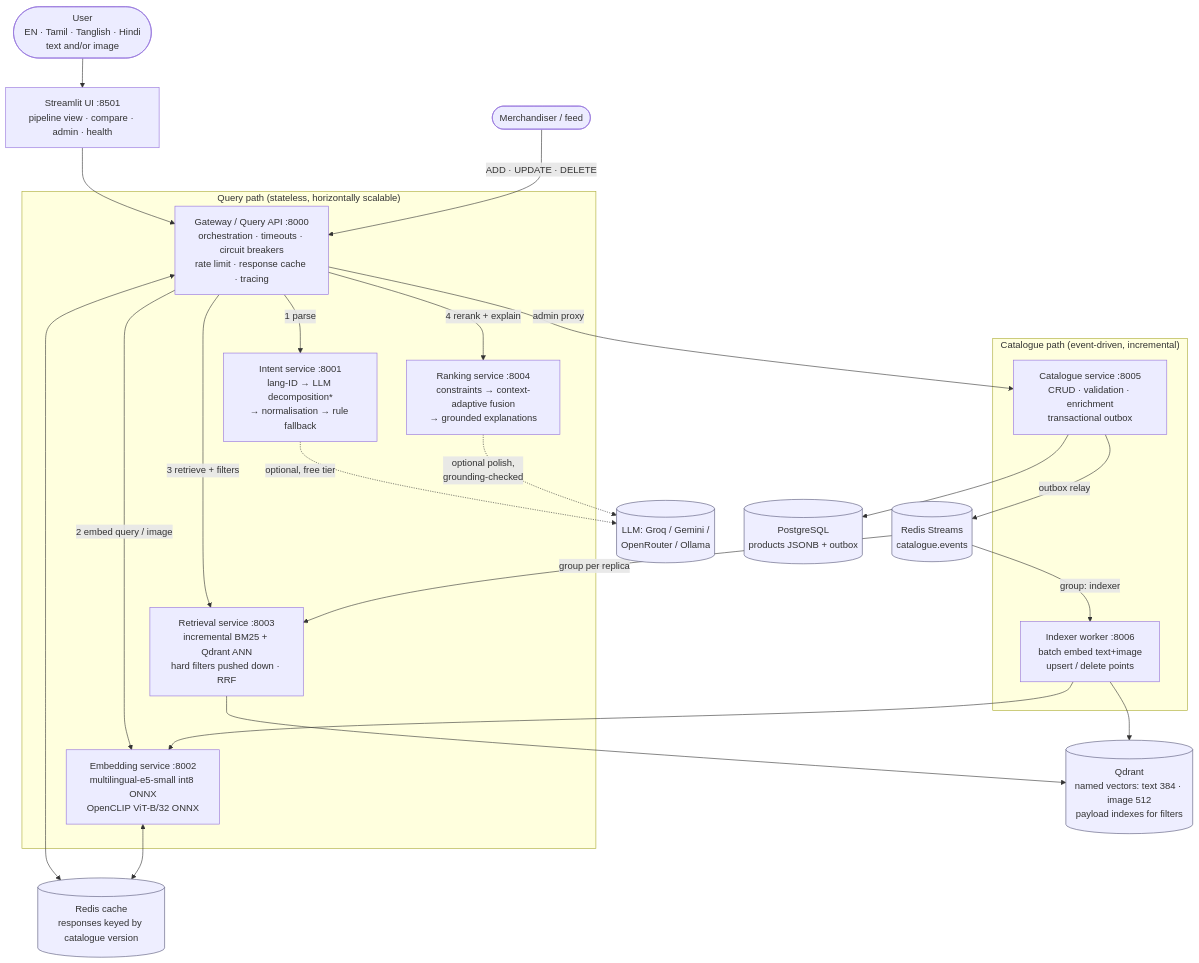
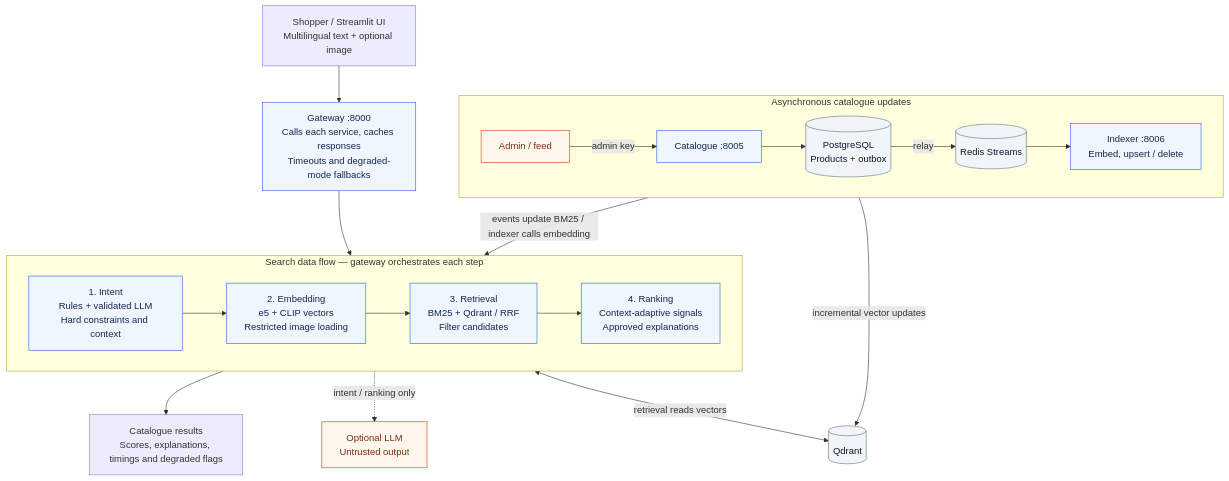
One commit to TejaswiniG06/mosaic-fashion-search changed the diagram in docs/diagrams/architecture.mmd. Above: the diagram before and after it, drawn with Mermaid. The commit also changed 14 other files, not shown here.

Commit message:
Clarify project walkthrough and refresh architecture diagrams

```diff
--- a/docs/diagrams/architecture.mmd
+++ b/docs/diagrams/architecture.mmd
@@ -1,33 +1,27 @@
 flowchart TB
-  U([User<br/>EN · Tamil · Tanglish · Hindi<br/>text and/or image]) --> UI[Streamlit UI :8501<br/>pipeline view · compare · admin · health]
-  UI --> GW
-  subgraph API["Query path (stateless, horizontally scalable)"]
-    GW[Gateway / Query API :8000<br/>orchestration · timeouts · circuit breakers<br/>rate limit · response cache · tracing]
-    IN[Intent service :8001<br/>lang-ID → LLM decomposition*<br/>→ normalisation → rule fallback]
-    EM[Embedding service :8002<br/>multilingual-e5-small int8 ONNX<br/>OpenCLIP ViT-B/32 ONNX]
-    RT[Retrieval service :8003<br/>incremental BM25 + Qdrant ANN<br/>hard filters pushed down · RRF]
-    RK[Ranking service :8004<br/>constraints → context-adaptive fusion<br/>→ grounded explanations]
+  USER["Shopper / Streamlit UI<br/>Multilingual text + optional image"] --> GW["Gateway :8000<br/>Calls each service, caches responses<br/>Timeouts and degraded-mode fallbacks"]
+  GW --> SEARCH
+  subgraph SEARCH["Search data flow — gateway orchestrates each step"]
+    direction LR
+    IN["1. Intent<br/>Rules + validated LLM<br/>Hard constraints and context"] --> EM["2. Embedding<br/>e5 + CLIP vectors<br/>Restricted image loading"]
+    EM --> RT["3. Retrieval<br/>BM25 + Qdrant / RRF<br/>Filter candidates"]
+    RT --> RK["4. Ranking<br/>Context-adaptive signals<br/>Approved explanations"]
   end
-  GW -->|1 parse| IN
-  GW -->|2 embed query / image| EM
-  GW -->|3 retrieve + filters| RT
-  GW -->|4 rerank + explain| RK
-  IN -.->|optional, free tier| LLM[(LLM: Groq / Gemini /<br/>OpenRouter / Ollama)]
-  RK -.->|optional polish,<br/>grounding-checked| LLM
-  subgraph DATA["Catalogue path (event-driven, incremental)"]
-    CAT[Catalogue service :8005<br/>CRUD · validation · enrichment<br/>transactional outbox]
-    IDX[Indexer worker :8006<br/>batch embed text+image<br/>upsert / delete points]
+  SEARCH --> OUT["Catalogue results<br/>Scores, explanations, timings and degraded flags"]
+  SEARCH -. "intent / ranking only" .-> LLM["Optional LLM<br/>Untrusted output"]
+  SEARCH <-->|"retrieval reads vectors"| QD[("Qdrant")]
+  subgraph CATALOGUE["Asynchronous catalogue updates"]
+    direction LR
+    ADMIN["Admin / feed"] -->|"admin key"| CAT["Catalogue :8005"]
+    CAT --> PG[("PostgreSQL<br/>Products + outbox")]
+    PG -->|"relay"| RS[("Redis Streams")]
+    RS --> IDX["Indexer :8006<br/>Embed, upsert / delete"]
   end
-  ADM([Merchandiser / feed]) -->|ADD · UPDATE · DELETE| GW
-  GW -->|admin proxy| CAT
-  CAT --> PG[(PostgreSQL<br/>products JSONB + outbox)]
-  CAT -->|outbox relay| RS[(Redis Streams<br/>catalogue.events)]
-  RS -->|group: indexer| IDX
-  RS -->|group per replica| RT
-  IDX --> EM
-  IDX --> QD[(Qdrant<br/>named vectors: text 384 · image 512<br/>payload indexes for filters)]
-  RT --> QD
-  GW <--> RC[(Redis cache<br/>responses keyed by catalogue version)]
-  EM <--> RC
-  classDef store fill:#eef,stroke:#557;
-  class PG,RS,QD,RC,LLM store;
+  CATALOGUE -->|"incremental vector updates"| QD
+  CATALOGUE -->|"events update BM25 / indexer calls embedding"| SEARCH
+  classDef service fill:#eff6ff,stroke:#2563eb,color:#172554;
+  classDef storage fill:#f1f5f9,stroke:#64748b,color:#0f172a;
+  classDef boundary fill:#fff7ed,stroke:#c2410c,color:#7c2d12;
+  class IN,EM,RT,RK,GW,CAT,IDX service;
+  class PG,RS,QD storage;
+  class LLM,ADMIN boundary;
```
